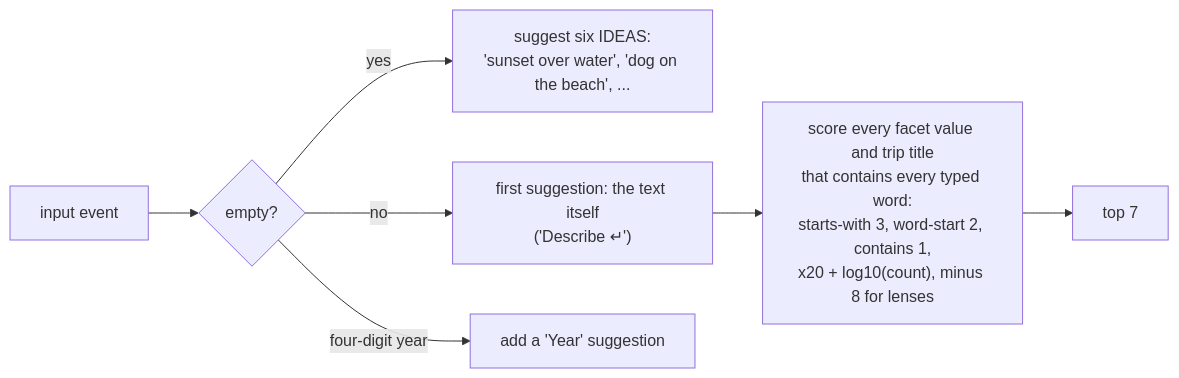
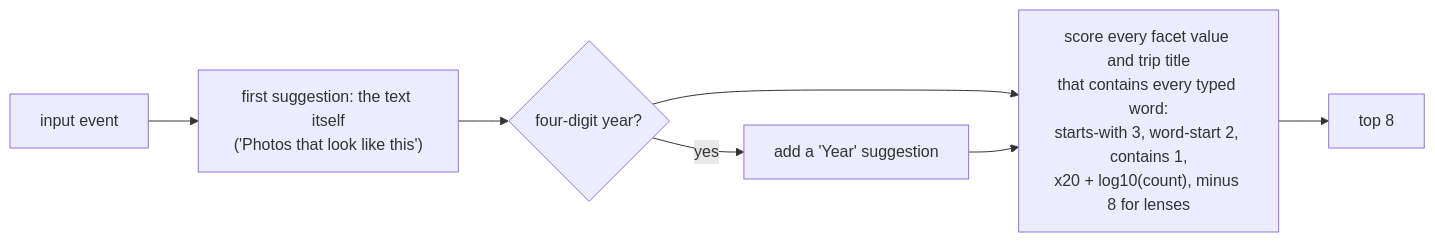
One commit to jflam/photo-estate changed the fourth of 6 diagrams in docs/book/13-photo-app.md. Above: the diagram before and after it, drawn with Mermaid. The commit also changed other lines of this file, not shown here.

````diff
--- a/docs/book/13-photo-app.md
+++ b/docs/book/13-photo-app.md
@@ -132,9 +259,9 @@
 ```mermaid
 flowchart LR
-    I["input event"] --> V{"empty?"}
-    V -->|yes| ID["suggest six IDEAS:<br/>'sunset over water', 'dog on the beach', ..."]
-    V -->|no| T["first suggestion: the text itself<br/>('Describe ↵')"]
-    T --> F["score every facet value and trip title<br/>that contains every typed word:<br/>starts-with 3, word-start 2, contains 1,<br/>x20 + log10(count), minus 8 for lenses"]
-    F --> TOP["top 7"]
-    V -->|"four-digit year"| Y["add a 'Year' suggestion"]
+    I["input event"] --> T["first suggestion: the text itself<br/>('Photos that look like this')"]
+    T --> Y{"four-digit year?"}
+    Y -->|yes| YS["add a 'Year' suggestion"]
+    Y --> F
+    YS --> F["score every facet value and trip title<br/>that contains every typed word:<br/>starts-with 3, word-start 2, contains 1,<br/>x20 + log10(count), minus 8 for lenses"]
+    F --> TOP["top 8"]
 ```
````
